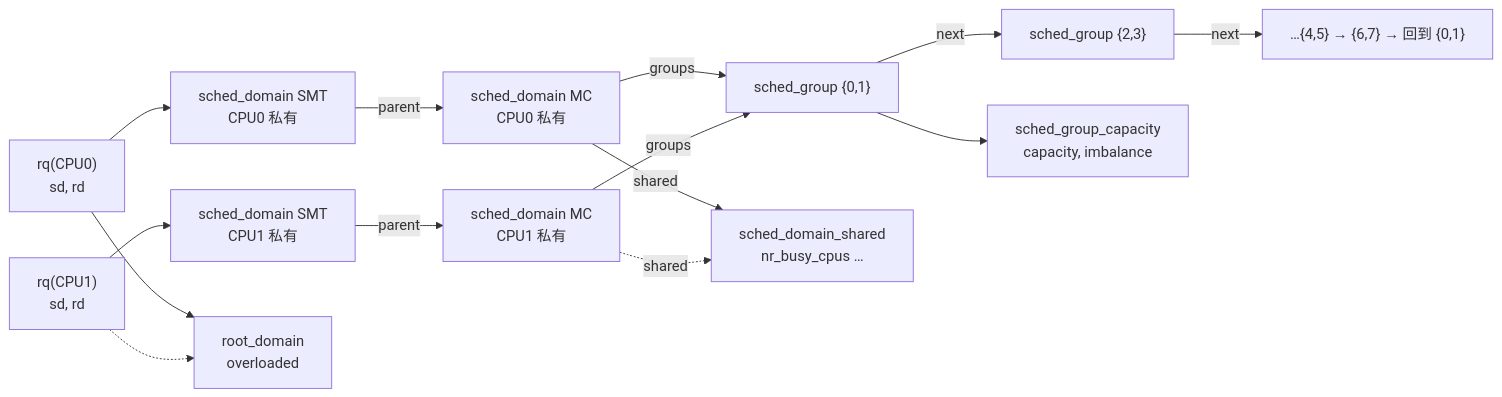
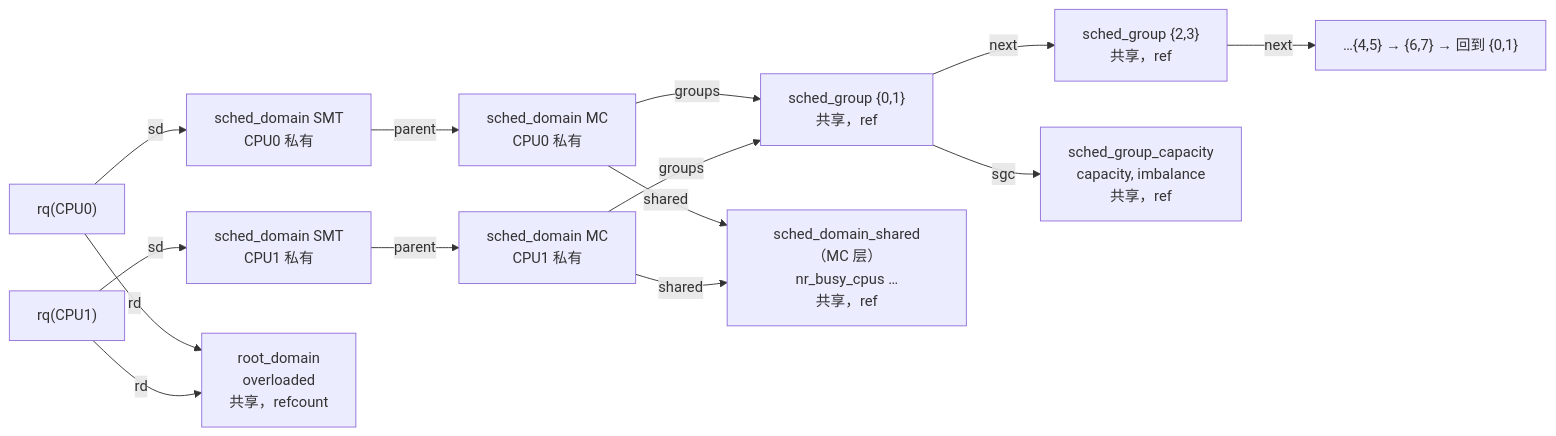
Before and after one commit to linuxperf/linux-study: the second of 6 diagrams in book/sched/loadbalance.md, drawn with Mermaid. The commit also changed other lines of this file and 2 other files, not shown here.

````diff
--- a/book/sched/loadbalance.md
+++ b/book/sched/loadbalance.md
@@ -251,16 +255,16 @@
 ```mermaid
 flowchart LR
-    RQ0["rq(CPU0)<br/>sd, rd"] --> SMT0["sched_domain SMT<br/>CPU0 私有"]
-    RQ1["rq(CPU1)<br/>sd, rd"] --> SMT1["sched_domain SMT<br/>CPU1 私有"]
+    RQ0["rq(CPU0)"] -->|sd| SMT0["sched_domain SMT<br/>CPU0 私有"]
+    RQ1["rq(CPU1)"] -->|sd| SMT1["sched_domain SMT<br/>CPU1 私有"]
     SMT0 -->|parent| MC0["sched_domain MC<br/>CPU0 私有"]
     SMT1 -->|parent| MC1["sched_domain MC<br/>CPU1 私有"]
-    MC0 -->|groups| G01["sched_group {0,1}"]
+    MC0 -->|groups| G01["sched_group {0,1}<br/>共享，ref"]
     MC1 -->|groups| G01
-    G01 -->|next| G23["sched_group {2,3}"]
+    G01 -->|next| G23["sched_group {2,3}<br/>共享，ref"]
     G23 -->|next| G45["…{4,5} → {6,7} → 回到 {0,1}"]
-    G01 --> SGC01["sched_group_capacity<br/>capacity, imbalance"]
-    MC0 -->|shared| SHR["sched_domain_shared<br/>nr_busy_cpus …"]
-    MC1 -.->|shared| SHR
-    RQ0 --> RD["root_domain<br/>overloaded"]
-    RQ1 -.-> RD
+    G01 -->|sgc| SGC01["sched_group_capacity<br/>capacity, imbalance<br/>共享，ref"]
+    MC0 -->|shared| SHR["sched_domain_shared（MC 层）<br/>nr_busy_cpus …<br/>共享，ref"]
+    MC1 -->|shared| SHR
+    RQ0 -->|rd| RD["root_domain<br/>overloaded<br/>共享，refcount"]
+    RQ1 -->|rd| RD
 ```
````
